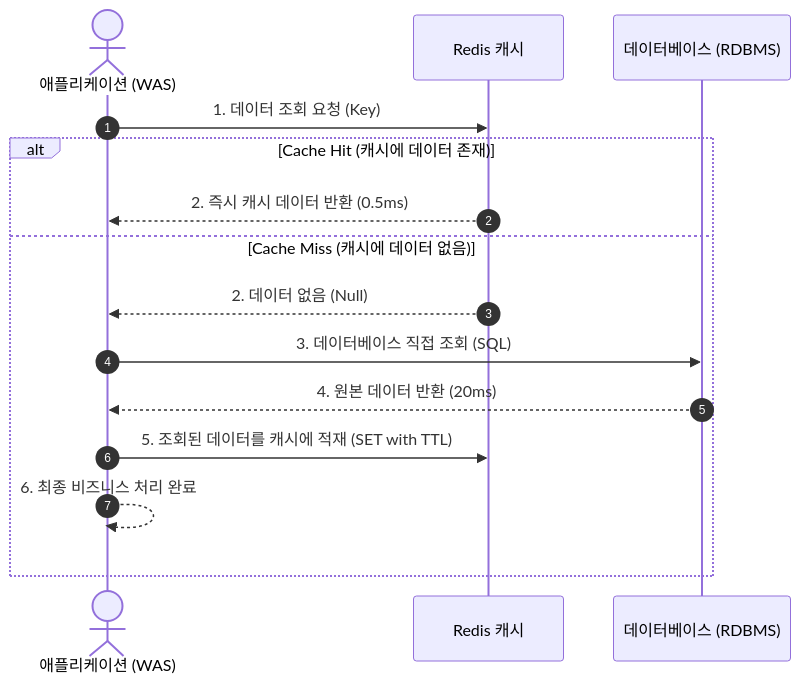
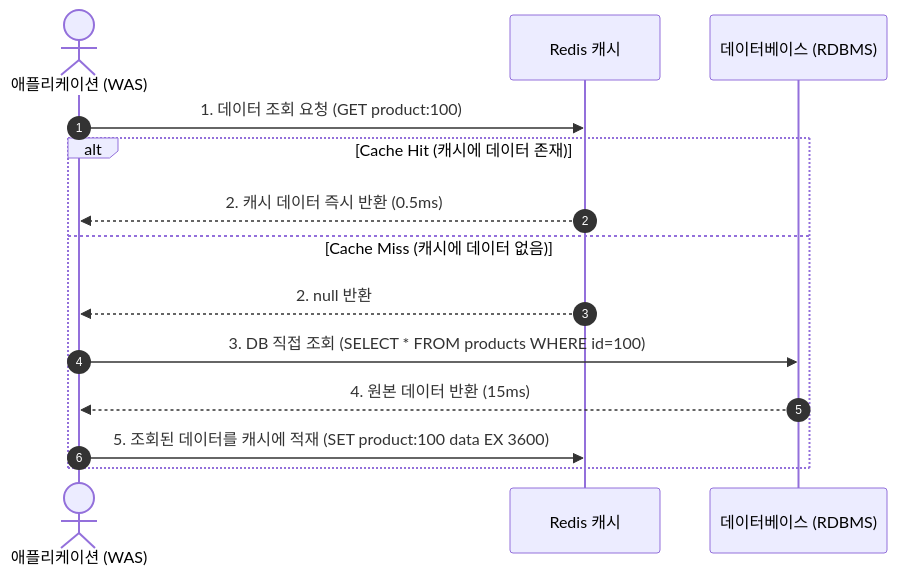
Diagram 16 of 39 in 09_아키텍처.md (keimania/tech-notes), drawn with Mermaid before and after one commit. The commit also changed other lines of this file and 12 other files, not shown here.

````diff
--- a/09_아키텍처.md
+++ b/09_아키텍처.md
@@ -485,18 +820,17 @@
 ```mermaid
 sequenceDiagram
     autonumber
     actor App as 애플리케이션 (WAS)
     participant Cache as Redis 캐시
     participant DB as 데이터베이스 (RDBMS)
 
-    App->>Cache: 1. 데이터 조회 요청 (Key)
+    App->>Cache: 1. 데이터 조회 요청 (GET product:100)
     alt Cache Hit (캐시에 데이터 존재)
-        Cache-->>App: 2. 즉시 캐시 데이터 반환 (0.5ms)
+        Cache-->>App: 2. 캐시 데이터 즉시 반환 (0.5ms)
     else Cache Miss (캐시에 데이터 없음)
-        Cache-->>App: 2. 데이터 없음 (Null)
-        App->>DB: 3. 데이터베이스 직접 조회 (SQL)
-        DB-->>App: 4. 원본 데이터 반환 (20ms)
-        App->>Cache: 5. 조회된 데이터를 캐시에 적재 (SET with TTL)
-        App-->>App: 6. 최종 비즈니스 처리 완료
+        Cache-->>App: 2. null 반환
+        App->>DB: 3. DB 직접 조회 (SELECT * FROM products WHERE id=100)
+        DB-->>App: 4. 원본 데이터 반환 (15ms)
+        App->>Cache: 5. 조회된 데이터를 캐시에 적재 (SET product:100 data EX 3600)
     end
 ```
````
